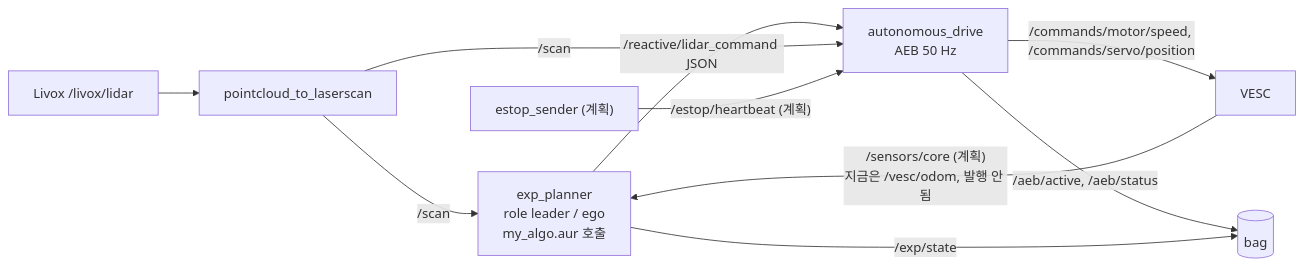
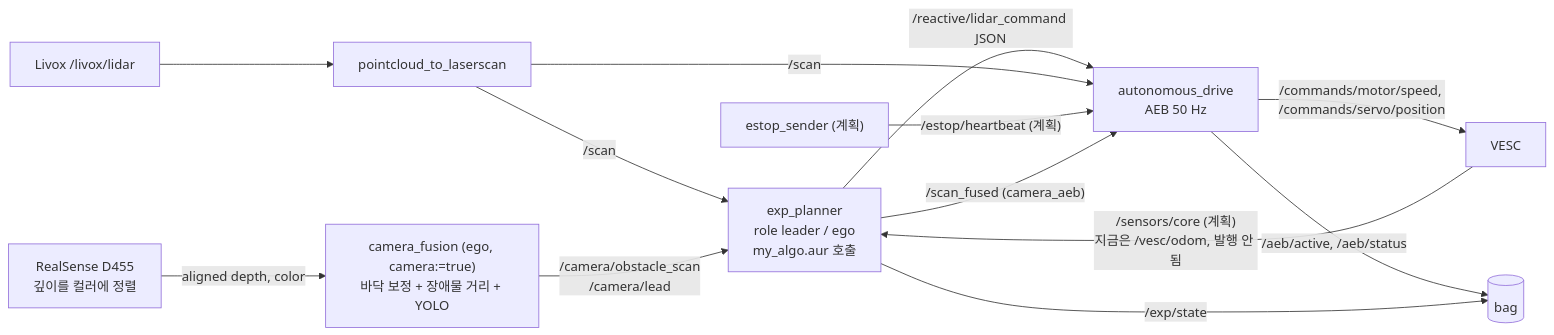
Before and after one commit to SeungBeom046/f1tenth_algo: the first of 3 diagrams in docs/PIPELINE.md, drawn with Mermaid. The commit also changed other lines of this file and 4 other files, not shown here.

Commit message:
Document D455 camera fusion: research condition, car terminals, pipeline, sim results

````diff
--- a/docs/PIPELINE.md
+++ b/docs/PIPELINE.md
@@ -10,12 +10,15 @@
 ```mermaid
 flowchart LR
     L[Livox /livox/lidar] --> P2L[pointcloud_to_laserscan]
     P2L -->|/scan| EP["exp_planner<br/>role leader / ego<br/>my_algo.aur 호출"]
     VESC[VESC] -->|"/sensors/core (계획)<br/>지금은 /vesc/odom, 발행 안 됨"| EP
     EP -->|/reactive/lidar_command JSON| AD[autonomous_drive<br/>AEB 50 Hz]
     P2L -->|/scan| AD
     AD -->|/commands/motor/speed, /commands/servo/position| VESC
     AD -->|/aeb/active, /aeb/status| LOG[(bag)]
     EP -->|/exp/state| LOG
     HB["estop_sender (계획)"] -->|"/estop/heartbeat (계획)"| AD
+    D455[RealSense D455<br/>깊이를 컬러에 정렬] -->|aligned depth, color| CF["camera_fusion (ego, camera:=true)<br/>바닥 보정 + 장애물 거리 + YOLO"]
+    CF -->|"/camera/obstacle_scan<br/>/camera/lead"| EP
+    EP -->|"/scan_fused (camera_aeb)"| AD
 ```
````
